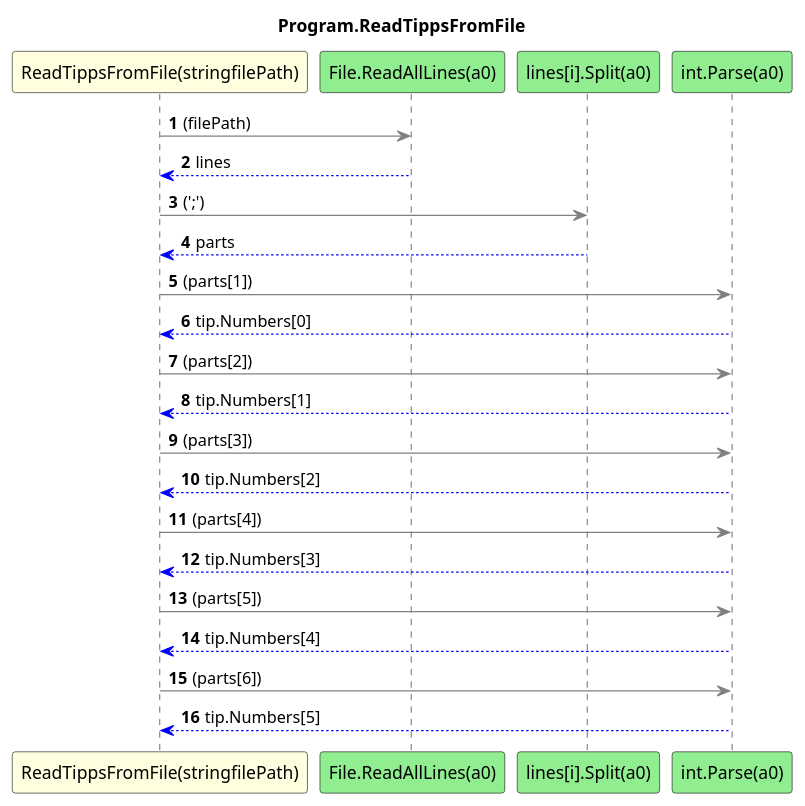
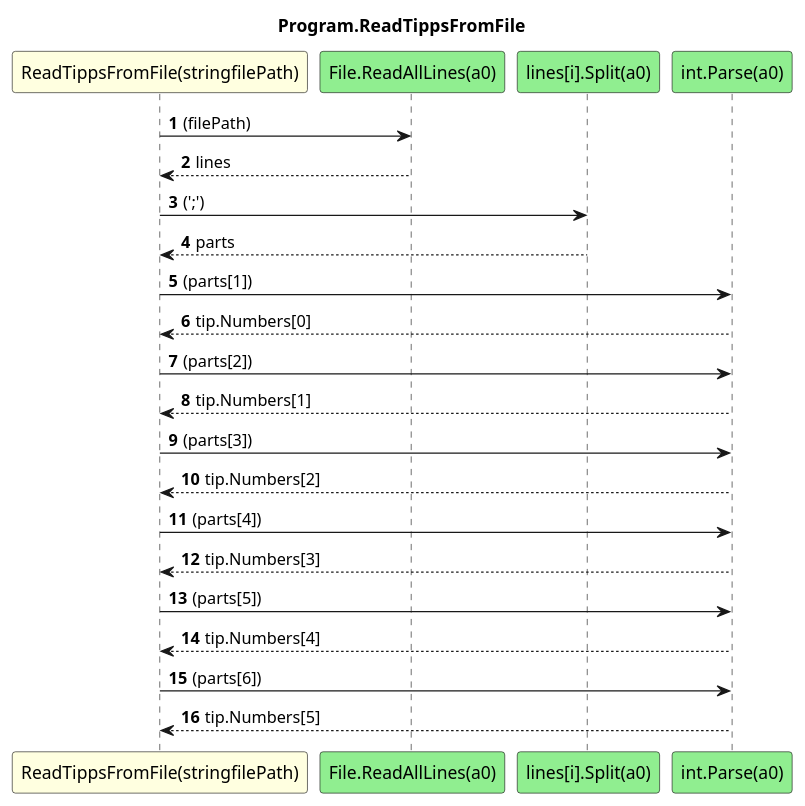
Before and after one commit to leoggehrer/2324-34_ABIF_ACIF_POSE: the diagram in LotteryChecker.ConApp/diagrams/sq_Program_ReadTippsFromFile.puml, drawn with PlantUML. The commit also changed 9 other files, not shown here.

```diff
--- a/LotteryChecker.ConApp/diagrams/sq_Program_ReadTippsFromFile.puml
+++ b/LotteryChecker.ConApp/diagrams/sq_Program_ReadTippsFromFile.puml
@@ -1,24 +1,24 @@
 @startuml Program.ReadTippsFromFile
 title Program.ReadTippsFromFile
 participant "ReadTippsFromFile(stringfilePath)" as ReadTippsFromFile_p0 #LightYellow
 participant "File.ReadAllLines(a0)" as File_ReadAllLines_a0 #LightGreen
 participant "lines[i].Split(a0)" as lines_i_Split_a0 #LightGreen
 participant "int.Parse(a0)" as int_Parse_a0 #LightGreen
 autonumber
-ReadTippsFromFile_p0 -[#grey]> File_ReadAllLines_a0 : (filePath)
-File_ReadAllLines_a0 -[#blue]-> ReadTippsFromFile_p0 : lines
-ReadTippsFromFile_p0 -[#grey]> lines_i_Split_a0 : (';')
-lines_i_Split_a0 -[#blue]-> ReadTippsFromFile_p0 : parts
-ReadTippsFromFile_p0 -[#grey]> int_Parse_a0 : (parts[1])
-int_Parse_a0 -[#blue]-> ReadTippsFromFile_p0 : tip.Numbers[0]
-ReadTippsFromFile_p0 -[#grey]> int_Parse_a0 : (parts[2])
-int_Parse_a0 -[#blue]-> ReadTippsFromFile_p0 : tip.Numbers[1]
-ReadTippsFromFile_p0 -[#grey]> int_Parse_a0 : (parts[3])
-int_Parse_a0 -[#blue]-> ReadTippsFromFile_p0 : tip.Numbers[2]
-ReadTippsFromFile_p0 -[#grey]> int_Parse_a0 : (parts[4])
-int_Parse_a0 -[#blue]-> ReadTippsFromFile_p0 : tip.Numbers[3]
-ReadTippsFromFile_p0 -[#grey]> int_Parse_a0 : (parts[5])
-int_Parse_a0 -[#blue]-> ReadTippsFromFile_p0 : tip.Numbers[4]
-ReadTippsFromFile_p0 -[#grey]> int_Parse_a0 : (parts[6])
-int_Parse_a0 -[#blue]-> ReadTippsFromFile_p0 : tip.Numbers[5]
+ReadTippsFromFile_p0 -> File_ReadAllLines_a0 : (filePath)
+File_ReadAllLines_a0 --> ReadTippsFromFile_p0 : lines
+ReadTippsFromFile_p0 -> lines_i_Split_a0 : (';')
+lines_i_Split_a0 --> ReadTippsFromFile_p0 : parts
+ReadTippsFromFile_p0 -> int_Parse_a0 : (parts[1])
+int_Parse_a0 --> ReadTippsFromFile_p0 : tip.Numbers[0]
+ReadTippsFromFile_p0 -> int_Parse_a0 : (parts[2])
+int_Parse_a0 --> ReadTippsFromFile_p0 : tip.Numbers[1]
+ReadTippsFromFile_p0 -> int_Parse_a0 : (parts[3])
+int_Parse_a0 --> ReadTippsFromFile_p0 : tip.Numbers[2]
+ReadTippsFromFile_p0 -> int_Parse_a0 : (parts[4])
+int_Parse_a0 --> ReadTippsFromFile_p0 : tip.Numbers[3]
+ReadTippsFromFile_p0 -> int_Parse_a0 : (parts[5])
+int_Parse_a0 --> ReadTippsFromFile_p0 : tip.Numbers[4]
+ReadTippsFromFile_p0 -> int_Parse_a0 : (parts[6])
+int_Parse_a0 --> ReadTippsFromFile_p0 : tip.Numbers[5]
 @enduml
```
